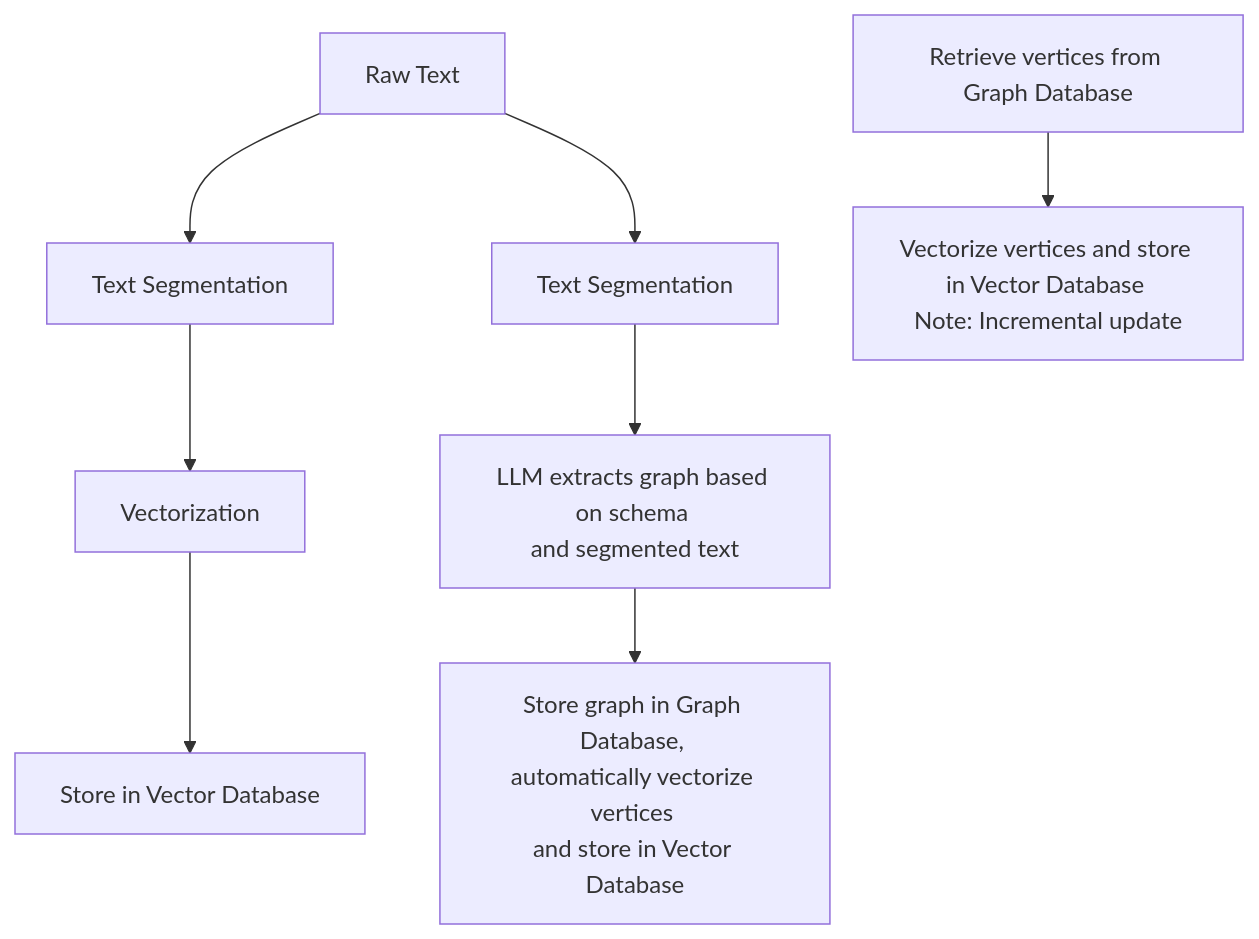
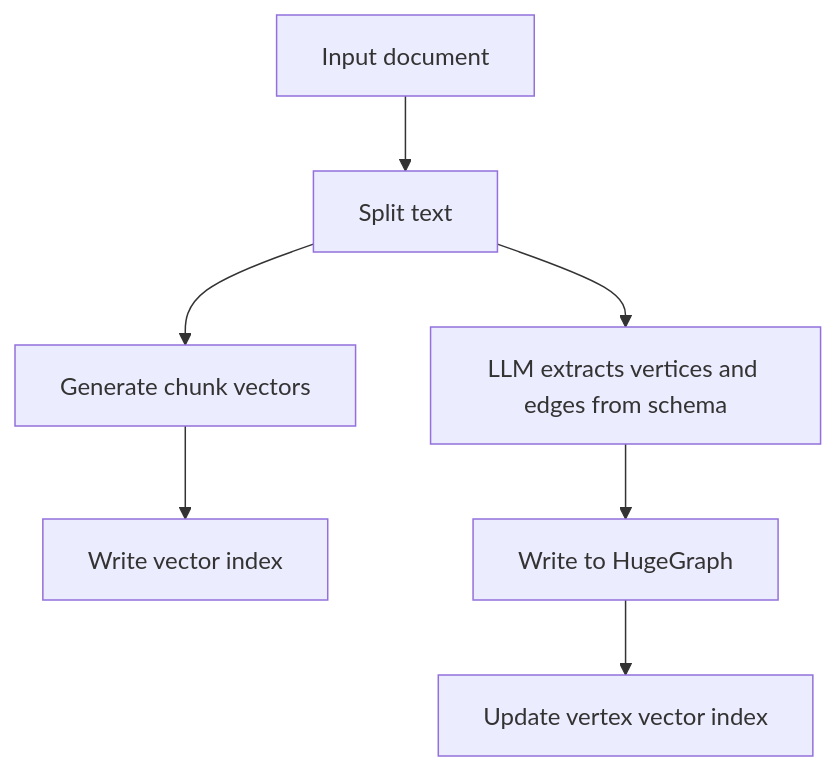
One commit to apache/hugegraph-doc changed the first of 2 diagrams in docs/quickstart/hugegraph-ai/quick_start/index.md. Above: the diagram before and after it, drawn with Mermaid. The commit also changed other lines of this file and 727 other files, not shown here.

````diff
--- a/docs/quickstart/hugegraph-ai/quick_start/index.md
+++ b/docs/quickstart/hugegraph-ai/quick_start/index.md
@@ -26,13 +13,9 @@
 ```mermaid
-graph TD;
-    A[Raw Text] --> B[Text Segmentation]
-    B --> C[Vectorization]
-    C --> D[Store in Vector Database]
-
-    A --> F[Text Segmentation]
-    F --> G[LLM extracts graph based on schema \nand segmented text]
-    G --> H[Store graph in Graph Database, \nautomatically vectorize vertices \nand store in Vector Database]
-    
-    I[Retrieve vertices from Graph Database] --> J[Vectorize vertices and store in Vector Database \nNote: Incremental update]
-
+flowchart TD
+    A[Input document] --> B[Split text]
+    B --> C[Generate chunk vectors]
+    C --> D[Write vector index]
+    B --> E[LLM extracts vertices and edges from schema]
+    E --> F[Write to HugeGraph]
+    F --> G[Update vertex vector index]
 ```
````
